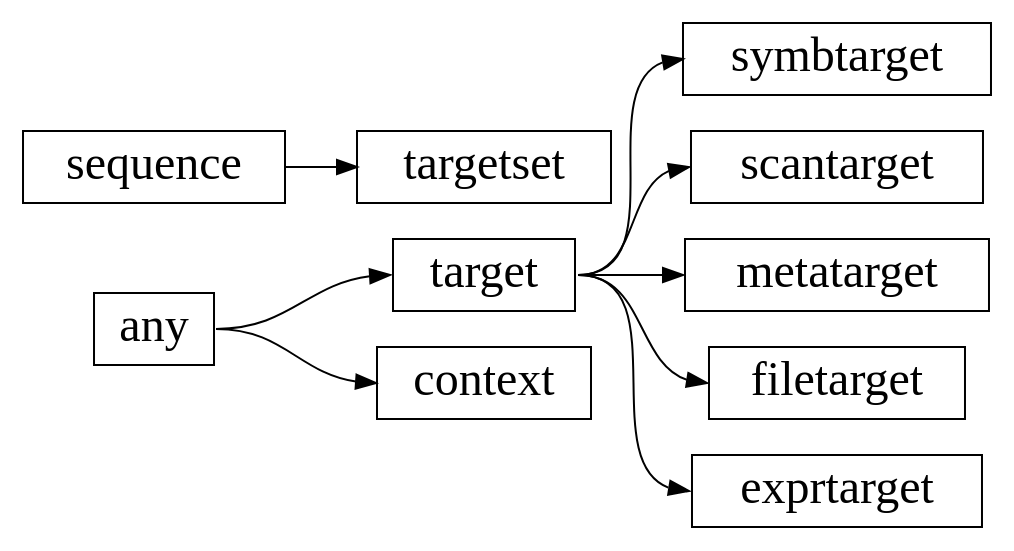
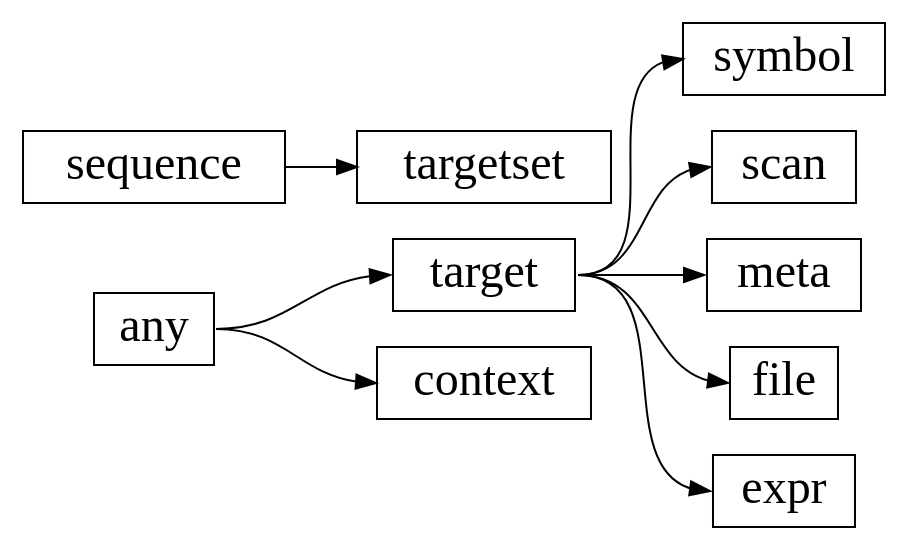
The diagram in docs/library/hierarchy.rst (wrapl/rabs), drawn with Graphviz before and after one commit. The commit also changed 24 other files, not shown here.

```diff
--- a/docs/library/hierarchy.rst
+++ b/docs/library/hierarchy.rst
@@ -5,20 +5,20 @@
 .. graphviz::
 
    digraph hierarchy {
       size="180,120";
       rankdir="LR";
       fontsize="40pt"
       concentrate=true;
       overlap=false;
       packMode="node";
       outputorder="edgesfirst";
       node [shape=box,fontsize=24];
-      "target":e -> "symbtarget":w;
+      "target":e -> "symbol":w;
       "sequence":e -> "targetset":w;
-      "target":e -> "scantarget":w;
-      "target":e -> "metatarget":w;
-      "target":e -> "filetarget":w;
-      "target":e -> "exprtarget":w;
+      "target":e -> "scan":w;
+      "target":e -> "meta":w;
+      "target":e -> "file":w;
+      "target":e -> "expr":w;
       "any":e -> "target":w;
       "any":e -> "context":w;
    }
```
